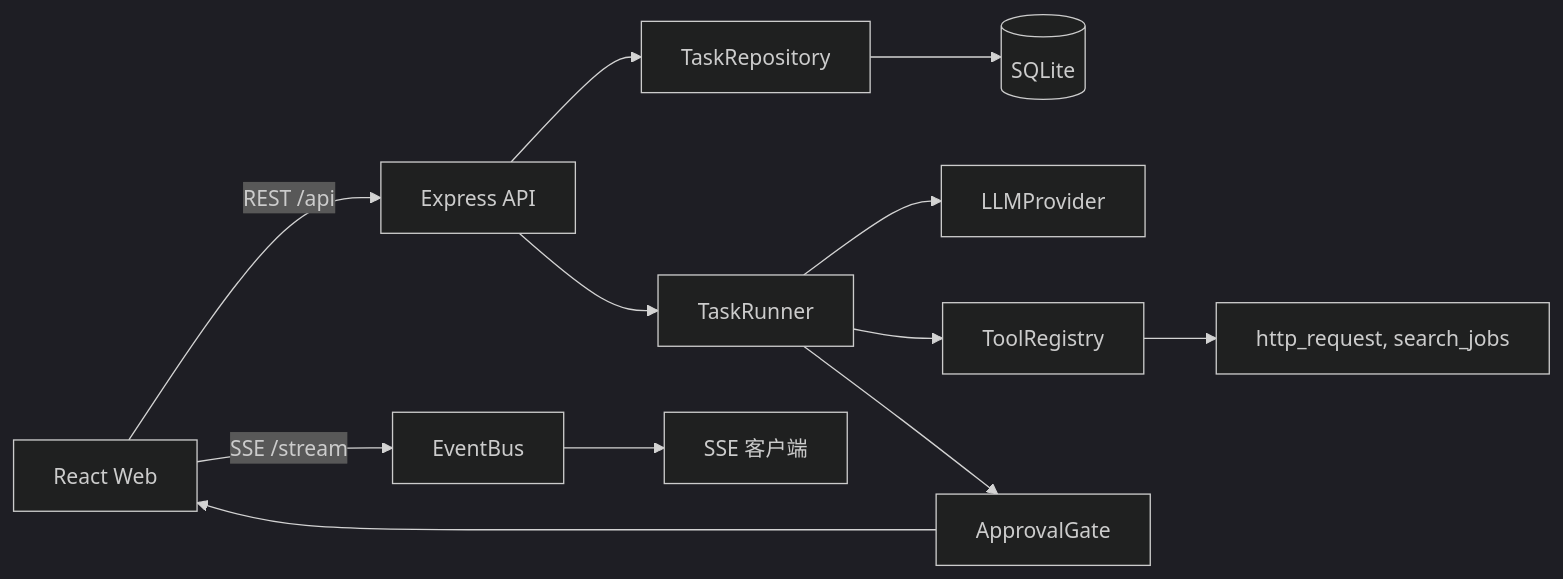
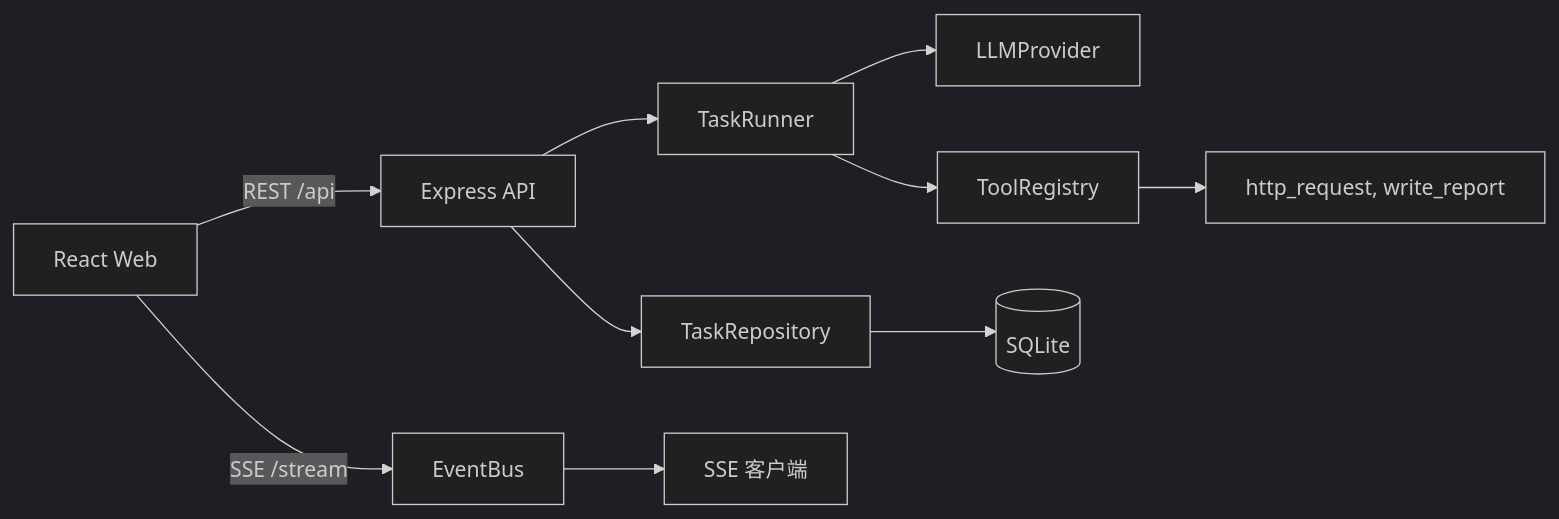
The diagram in docs/architecture.md (CC0150/agent-console), drawn with Mermaid (dark theme) before and after one commit. The commit also changed other lines of this file and 40 other files, not shown here.

Commit message:
refactor(agent): 移除审批与 search_jobs 冗余能力

````diff
--- a/docs/architecture.md
+++ b/docs/architecture.md
@@ -5,14 +5,12 @@
 ```mermaid
 flowchart LR
   Web[React Web] -->|REST /api| API[Express API]
   Web -->|SSE /stream| EventBus[EventBus]
   API --> Repo[TaskRepository]
   API --> Runner[TaskRunner]
   Runner --> LLM[LLMProvider]
   Runner --> Registry[ToolRegistry]
-  Runner --> Approval[ApprovalGate]
-  Registry --> Tool[http_request, search_jobs]
-  Approval --> Web
+  Registry --> Tool[http_request, write_report]
   Repo --> DB[(SQLite)]
   EventBus --> SSE[SSE 客户端]
 ```
````
